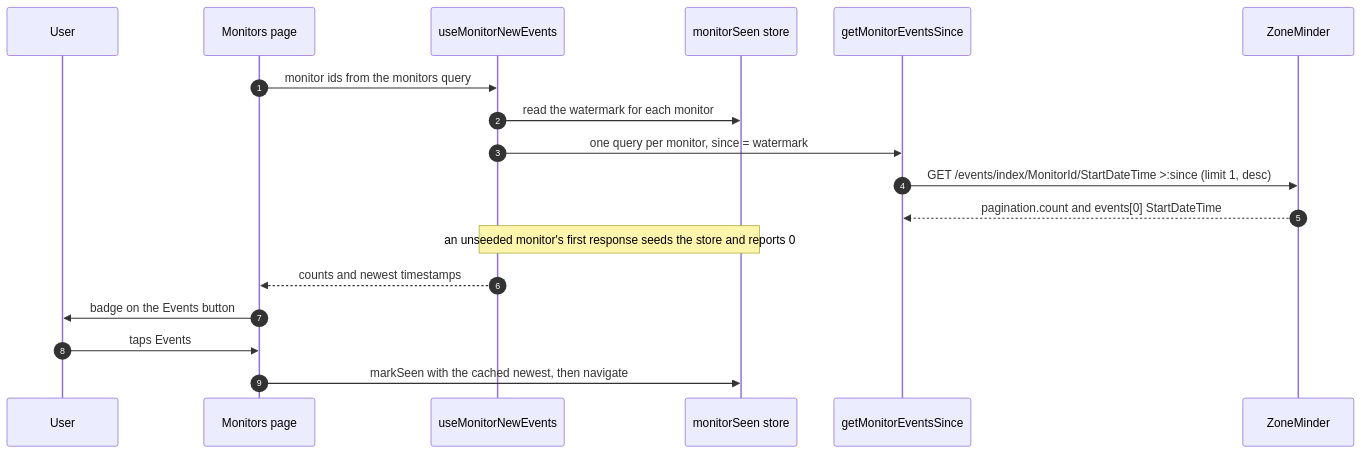
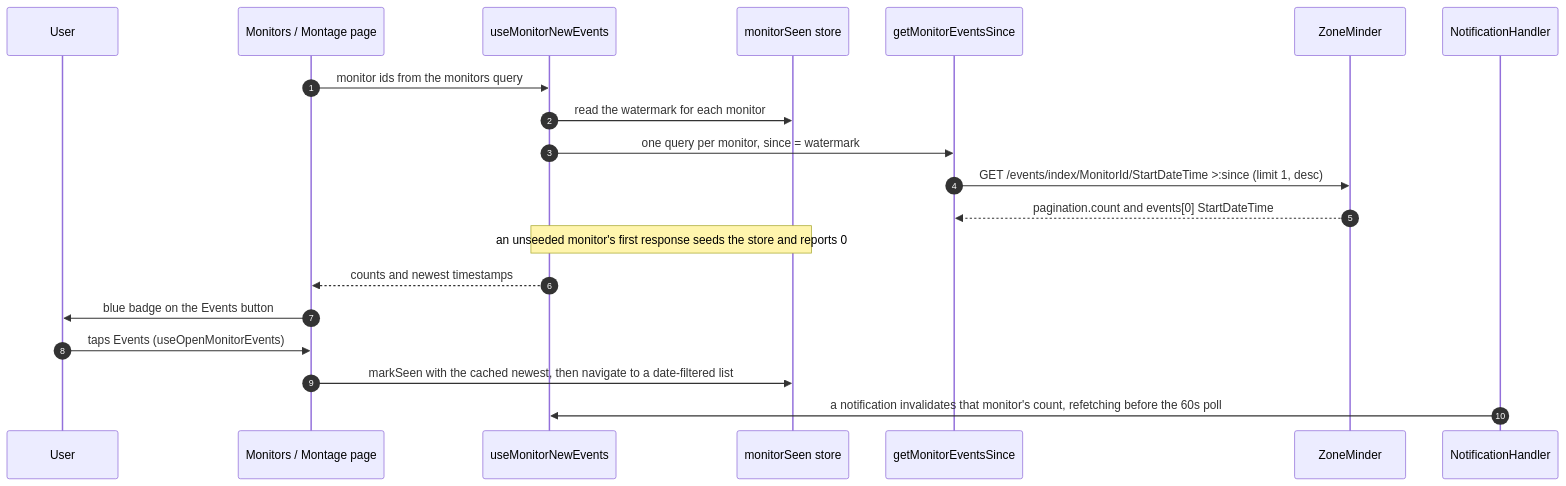
One commit to ZoneMinder/zmNinjaNG changed diagram 18 of 18 in docs/developer-guide/call-flows.rst. Above: the diagram before and after it, drawn with Mermaid. The commit also changed other lines of this file and 3 other files, not shown here.

First line of the commit message:
docs: filtered badge click, montage parity, and the notification nudge

```diff
--- a/docs/developer-guide/call-flows.rst
+++ b/docs/developer-guide/call-flows.rst
@@ -1846,21 +1849,23 @@
 .. mermaid::
 
    sequenceDiagram
        autonumber
        participant User as User
-       participant Grid as Monitors page
+       participant Grid as Monitors / Montage page
        participant Hook as useMonitorNewEvents
        participant Store as monitorSeen store
        participant API as getMonitorEventsSince
        participant ZM as ZoneMinder
+       participant Notif as NotificationHandler
 
        Grid->>Hook: monitor ids from the monitors query
        Hook->>Store: read the watermark for each monitor
        Hook->>API: one query per monitor, since = watermark
        API->>ZM: GET /events/index/MonitorId/StartDateTime >:since (limit 1, desc)
        ZM-->>API: pagination.count and events[0] StartDateTime
        Note over Hook,Store: an unseeded monitor's first response seeds the store and reports 0
        Hook-->>Grid: counts and newest timestamps
-       Grid->>User: badge on the Events button
-       User->>Grid: taps Events
-       Grid->>Store: markSeen with the cached newest, then navigate
+       Grid->>User: blue badge on the Events button
+       User->>Grid: taps Events (useOpenMonitorEvents)
+       Grid->>Store: markSeen with the cached newest, then navigate to a date-filtered list
+       Notif->>Hook: a notification invalidates that monitor's count, refetching before the 60s poll
```
